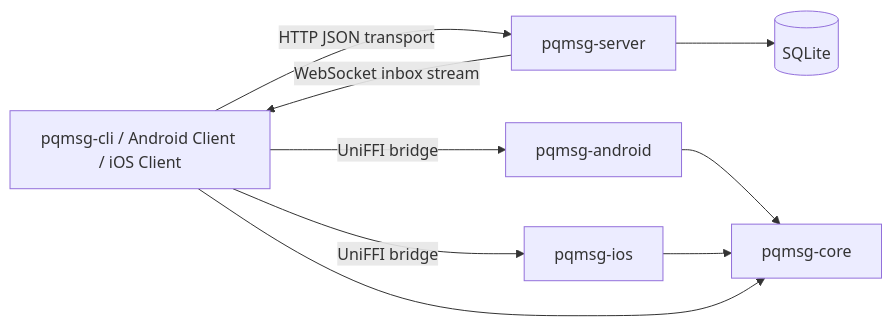
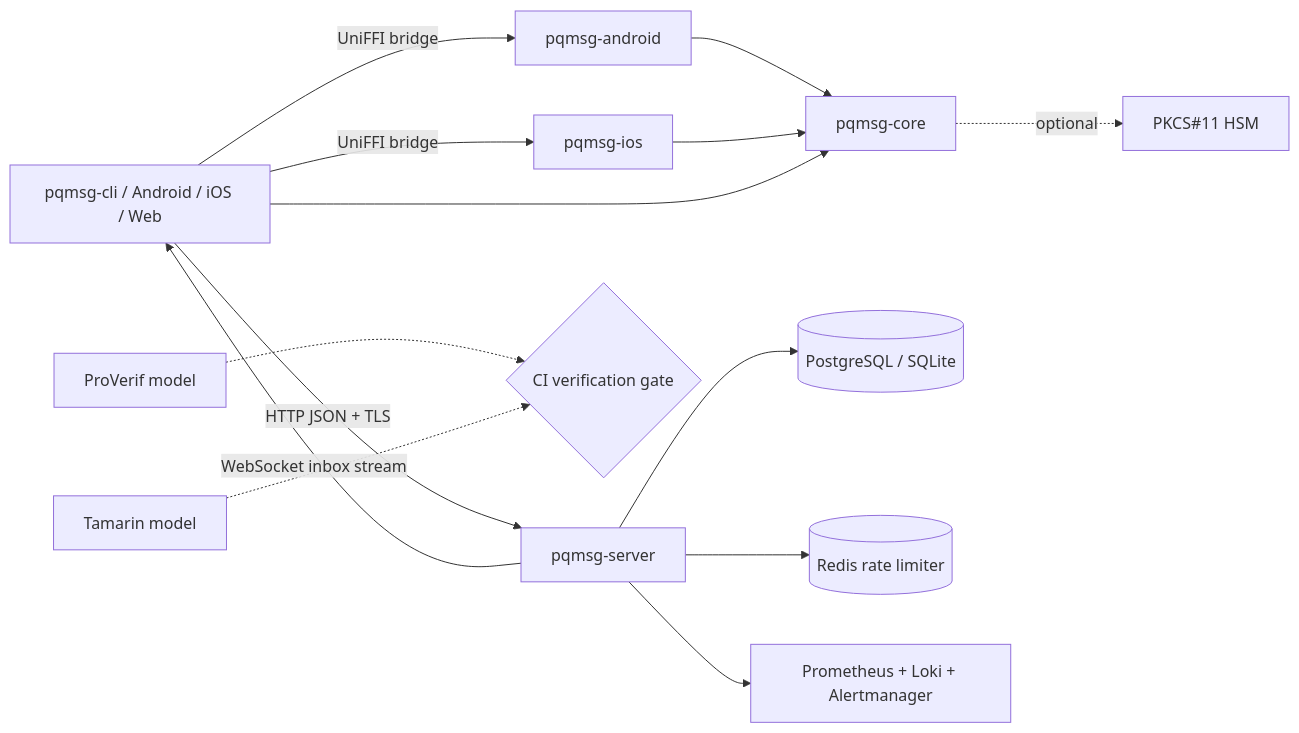
One commit to ErenAri/post-quantum-messaging-app changed the first of 2 diagrams in README.md. Above: the diagram before and after it, drawn with Mermaid. The commit also changed other lines of this file and 8 other files, not shown here.

````diff
--- a/README.md
+++ b/README.md
@@ -25,11 +25,16 @@
 ```mermaid
 flowchart LR
-    C[pqmsg-cli / Android Client / iOS Client] -->|HTTP JSON transport| S[pqmsg-server]
+    C[pqmsg-cli / Android / iOS / Web] -->|HTTP JSON + TLS| S[pqmsg-server]
     S -->|WebSocket inbox stream| C
     C -->|UniFFI bridge| A[pqmsg-android]
     C -->|UniFFI bridge| I[pqmsg-ios]
     A --> CORE[pqmsg-core]
     I --> CORE
     C --> CORE
-    S --> DB[(SQLite)]
+    CORE -.->|optional| HSM[PKCS#11 HSM]
+    S --> DB[(PostgreSQL / SQLite)]
+    S --> RD[(Redis rate limiter)]
+    S --> OBS[Prometheus + Loki + Alertmanager]
+    PV[ProVerif model] -.-> V{CI verification gate}
+    TM[Tamarin model] -.-> V
 ```
````
